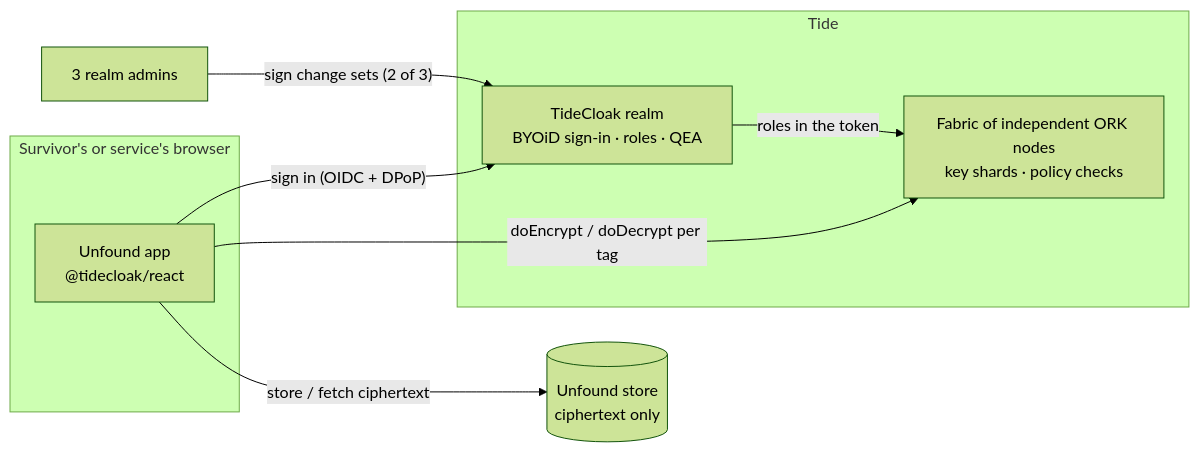
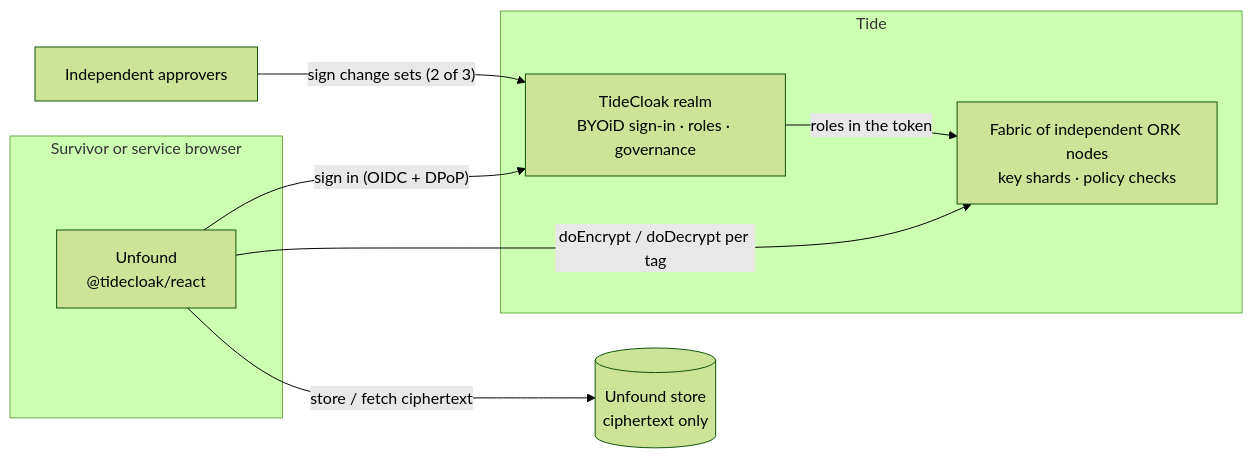
One commit to BennedictQuanTon/Unfound-Be-reached-Not-found changed the diagram in README.md. Above: the diagram before and after it, drawn with Mermaid (forest theme). The commit also changed other lines of this file, not shown here.

````diff
--- a/README.md
+++ b/README.md
@@ -96,16 +71,16 @@
 ```mermaid
 flowchart LR
-  subgraph Browser["Survivor's or service's browser"]
-    UI["Unfound app<br/>@tidecloak/react"]
+  subgraph Browser["Survivor or service browser"]
+    UI["Unfound<br/>@tidecloak/react"]
   end
   subgraph Tide["Tide"]
-    TC["TideCloak realm<br/>BYOiD sign-in · roles · QEA"]
+    TC["TideCloak realm<br/>BYOiD sign-in · roles · governance"]
     ORK["Fabric of independent ORK nodes<br/>key shards · policy checks"]
   end
   DB[("Unfound store<br/>ciphertext only")]
   UI -- "sign in (OIDC + DPoP)" --> TC
   UI -- "doEncrypt / doDecrypt per tag" --> ORK
   TC -- "roles in the token" --> ORK
   UI -- "store / fetch ciphertext" --> DB
-  Admins["3 realm admins"] -- "sign change sets (2 of 3)" --> TC
+  Admins["Independent approvers"] -- "sign change sets (2 of 3)" --> TC
 ```
````
